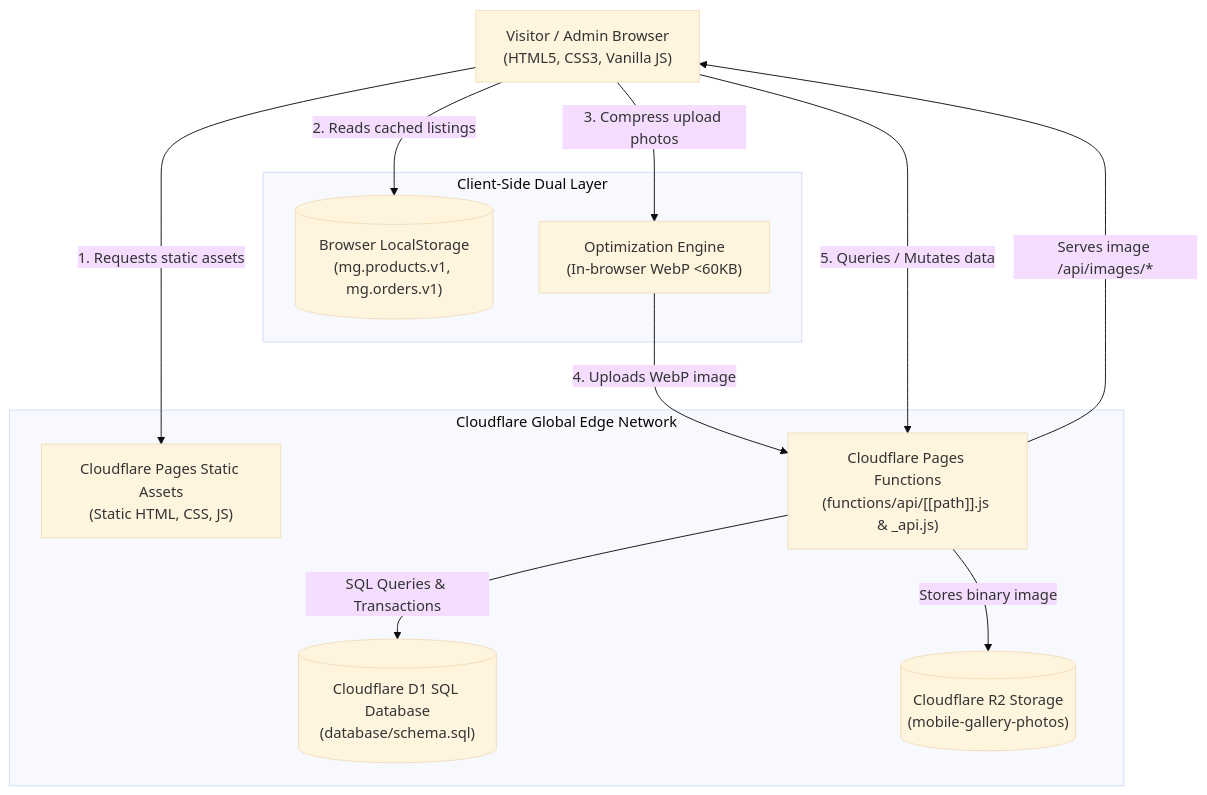
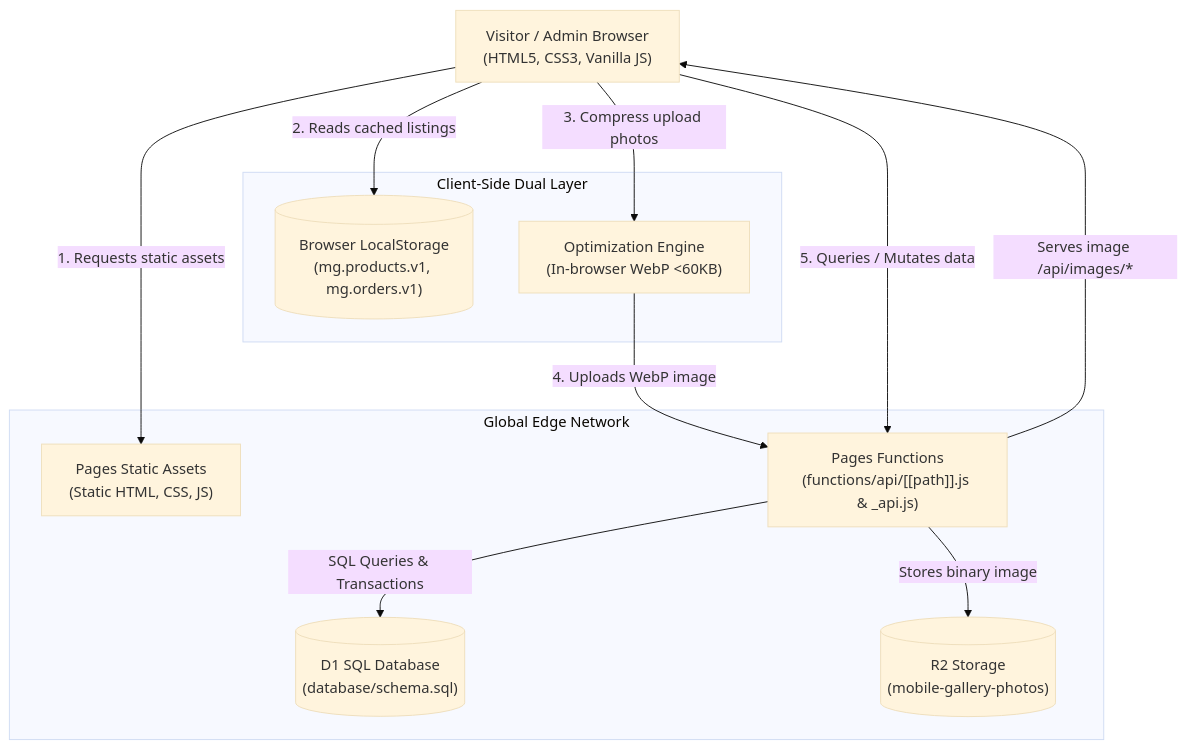
One commit to Fuad2e3/Mobile-Gallery changed the first of 2 diagrams in docs/ARCHITECTURE.md. Above: the diagram before and after it, drawn with Mermaid (base theme). The commit also changed other lines of this file and 28 other files, not shown here.

````diff
--- a/docs/ARCHITECTURE.md
+++ b/docs/ARCHITECTURE.md
@@ -11,25 +11,25 @@
 ```mermaid
 graph TD
     Client["Visitor / Admin Browser\n(HTML5, CSS3, Vanilla JS)"]
     
-    subgraph Cloudflare Global Edge Network
-        Pages["Cloudflare Pages Static Assets\n(Static HTML, CSS, JS)"]
-        Router["Cloudflare Pages Functions\n(functions/api/[[path]].js & _api.js)"]
-        D1[("Cloudflare D1 SQL Database\n(database/schema.sql)")]
-        R2[("Cloudflare R2 Storage\n(mobile-gallery-photos)")]
+    subgraph Global Edge Network
+        Pages["Pages Static Assets\n(Static HTML, CSS, JS)"]
+        Router["Pages Functions\n(functions/api/[[path]].js & _api.js)"]
+        D1[("D1 SQL Database\n(database/schema.sql)")]
+        R2[("R2 Storage\n(mobile-gallery-photos)")]
     end
     
     subgraph Client-Side Dual Layer
         LocalStore[("Browser LocalStorage\n(mg.products.v1, mg.orders.v1)")]
         CanvasOpt["Optimization Engine\n(In-browser WebP <60KB)"]
     end
 
     Client -->|1. Requests static assets| Pages
     Client -->|2. Reads cached listings| LocalStore
     Client -->|3. Compress upload photos| CanvasOpt
     CanvasOpt -->|4. Uploads WebP image| Router
     Router -->|Stores binary image| R2
     Router -->|Serves image /api/images/*| Client
     Client -->|5. Queries / Mutates data| Router
     Router -->|SQL Queries & Transactions| D1
 ```
````
